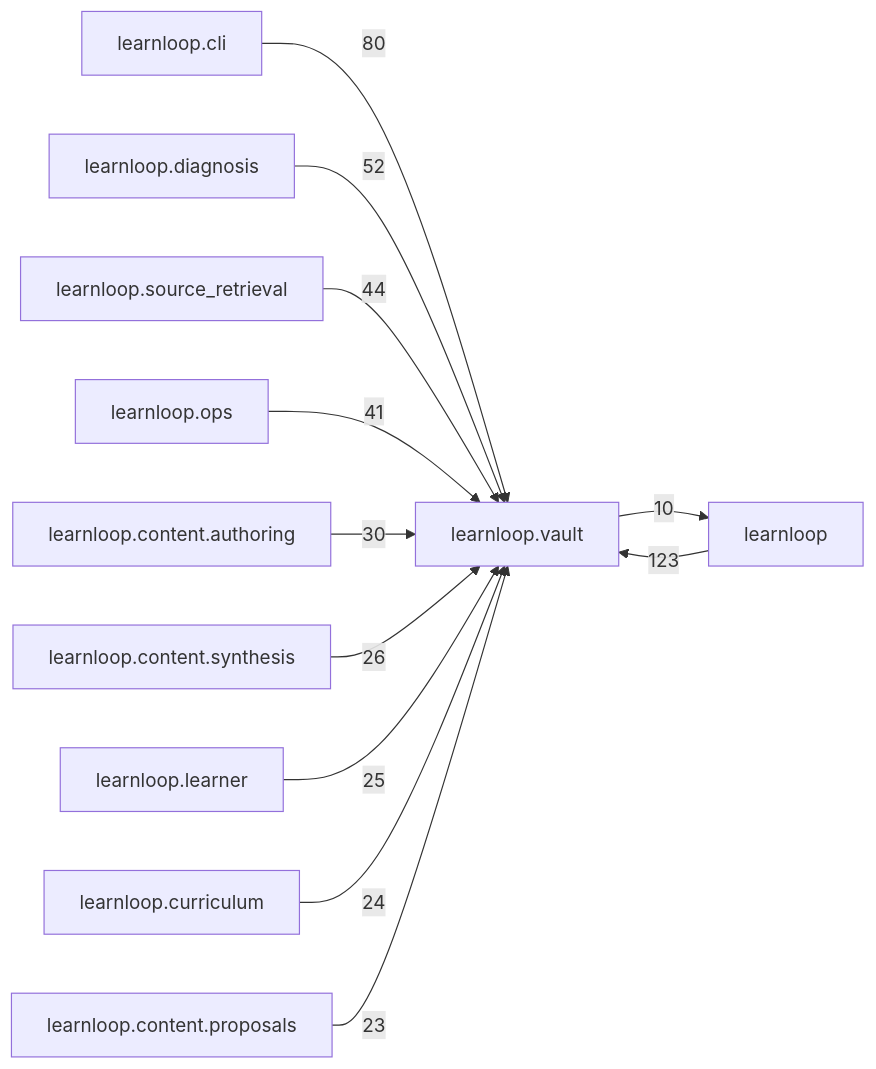
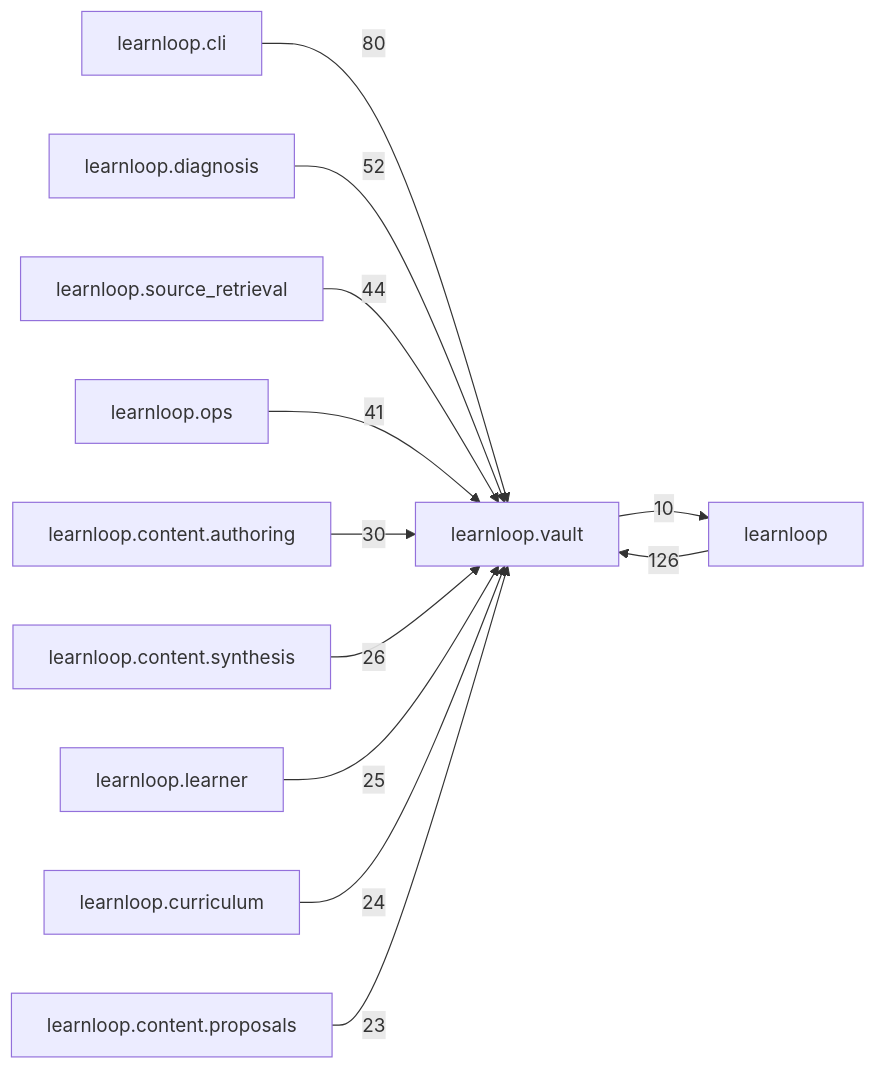
Before and after one commit to 6up-b/learnanything: the diagram in docs/learnloop-architecture-vault/Reference/Modules/learnloop/vault/_package.md, drawn with Mermaid. The commit also changed other lines of this file and 580 other files, not shown here.

````diff
--- a/docs/learnloop-architecture-vault/Reference/Modules/learnloop/vault/_package.md
+++ b/docs/learnloop-architecture-vault/Reference/Modules/learnloop/vault/_package.md
@@ -139,25 +139,25 @@
 ```mermaid
 flowchart LR
     center["learnloop.vault"]
     n_learnloop["learnloop"]
     n_learnloop_cli["learnloop.cli"]
     n_learnloop_diagnosis["learnloop.diagnosis"]
     n_learnloop_source_retrieval["learnloop.source_retrieval"]
     n_learnloop_ops["learnloop.ops"]
     n_learnloop_content_authoring["learnloop.content.authoring"]
     n_learnloop_content_synthesis["learnloop.content.synthesis"]
     n_learnloop_learner["learnloop.learner"]
     n_learnloop_curriculum["learnloop.curriculum"]
     n_learnloop_content_proposals["learnloop.content.proposals"]
-    n_learnloop -->|123| center
+    n_learnloop -->|126| center
     center -->|10| n_learnloop
     n_learnloop_cli -->|80| center
     n_learnloop_diagnosis -->|52| center
     n_learnloop_source_retrieval -->|44| center
     n_learnloop_ops -->|41| center
     n_learnloop_content_authoring -->|30| center
     n_learnloop_content_synthesis -->|26| center
     n_learnloop_learner -->|25| center
     n_learnloop_curriculum -->|24| center
     n_learnloop_content_proposals -->|23| center
 ```
````
